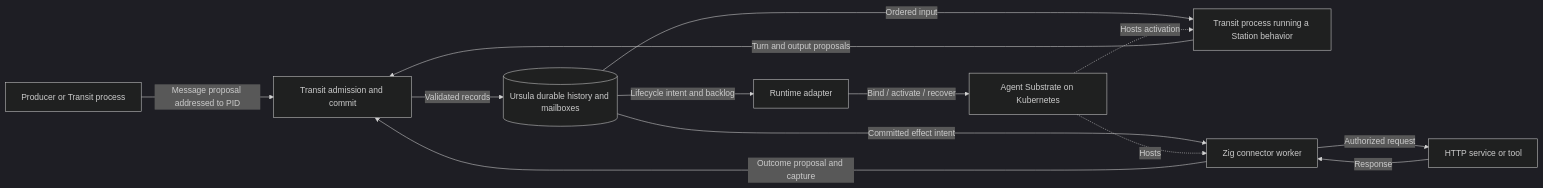
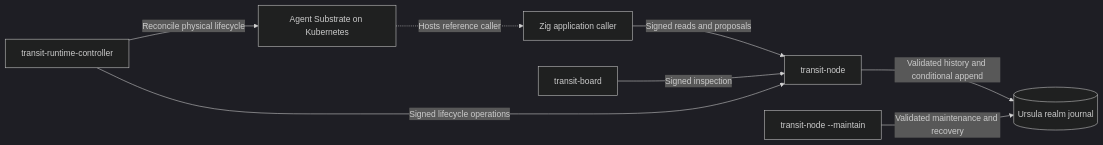
Before and after one commit to spoke-sh/transit: the diagram in docs/ARCHITECTURE.md, drawn with Mermaid (dark theme). The commit also changed other lines of this file and 47 other files, not shown here.

Commit message:
docs(transit): organize component guides and record Station readiness

````diff
--- a/docs/ARCHITECTURE.md
+++ b/docs/ARCHITECTURE.md
@@ -61,15 +65,10 @@
 ```mermaid
 flowchart LR
-    Caller[Producer or Transit process] -->|Message proposal addressed to PID| Kernel[Transit admission and commit]
-    Kernel -->|Validated records| History[(Ursula durable history and mailboxes)]
-    History -->|Ordered input| Process[Transit process running a Station behavior]
-    Process -->|Turn and output proposals| Kernel
-    History -->|Committed effect intent| Fetch[Zig connector worker]
-    Fetch -->|Authorized request| External[HTTP service or tool]
-    External -->|Response| Fetch
-    Fetch -->|Outcome proposal and capture| Kernel
-    History -->|Lifecycle intent and backlog| Adapter[Runtime adapter]
-    Adapter -->|Bind / activate / recover| Runtime[Agent Substrate on Kubernetes]
-    Runtime -.->|Hosts activation| Process
-    Runtime -.->|Hosts| Fetch
+    Caller[Zig application caller] -->|Signed reads and proposals| Node[transit-node]
+    Board[transit-board] -->|Signed inspection| Node
+    Controller[transit-runtime-controller] -->|Signed lifecycle operations| Node
+    Node -->|Validated history and conditional append| Store[(Ursula realm journal)]
+    Maintenance[transit-node --maintain] -->|Validated maintenance and recovery| Store
+    Controller -->|Reconcile physical lifecycle| Runtime[Agent Substrate on Kubernetes]
+    Runtime -.->|Hosts reference caller| Caller
 ```
````
